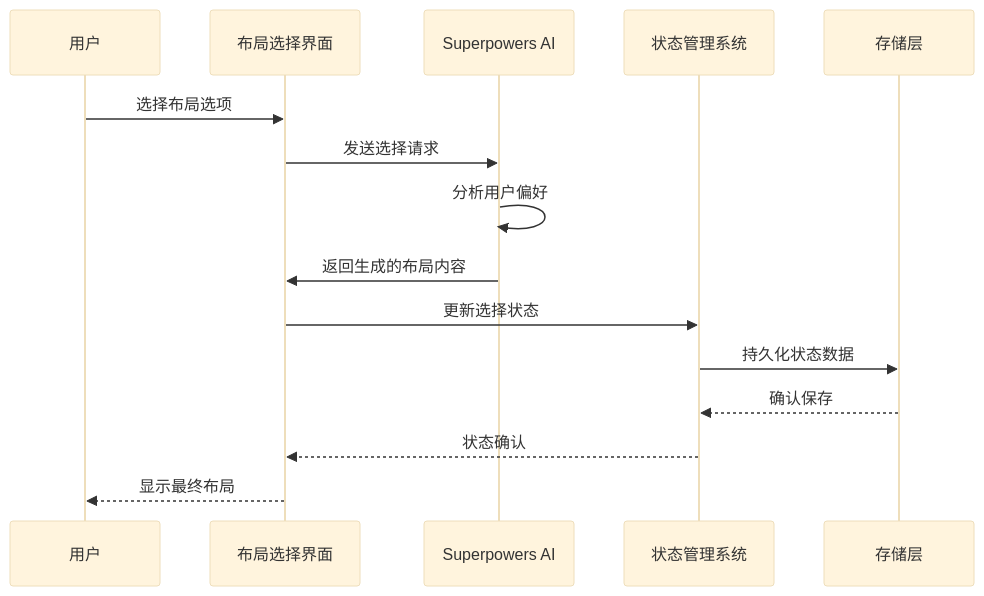
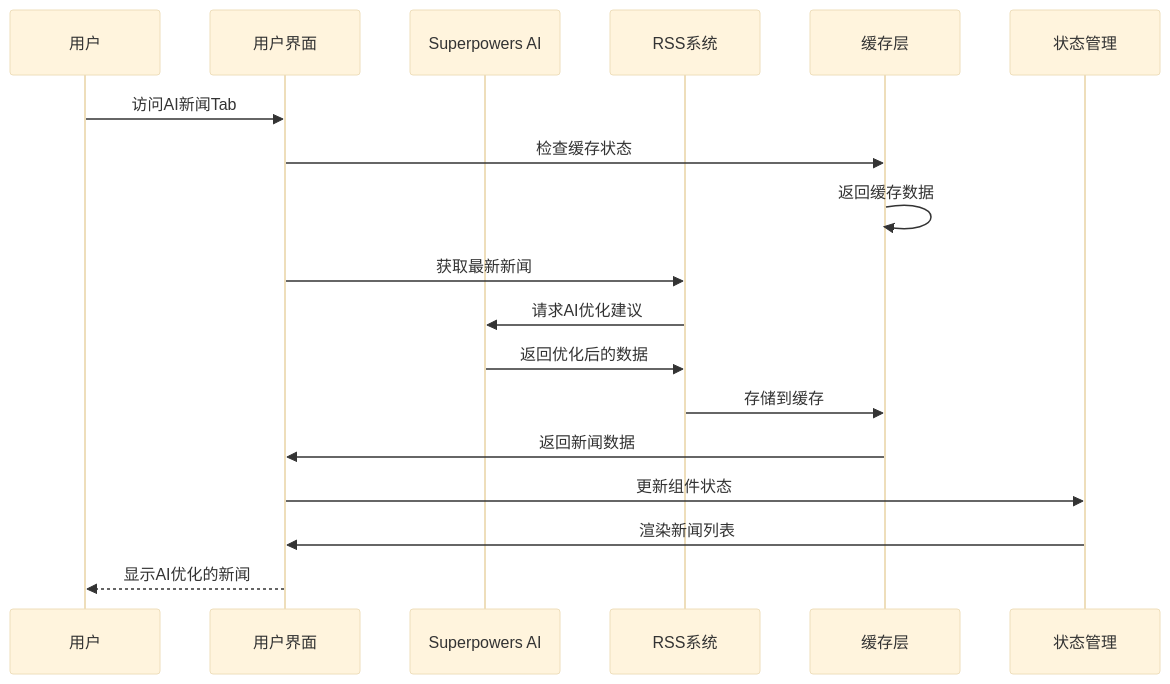
The third of 10 diagrams in .qoder/repowiki/zh/content/Superpowers AI集成.md (huanglixinccc/next-demo-collection), drawn with Mermaid (base theme) before and after one commit. The commit also changed other lines of this file and 10 other files, not shown here.

````diff
--- a/.qoder/repowiki/zh/content/Superpowers AI集成.md
+++ b/.qoder/repowiki/zh/content/Superpowers AI集成.md
@@ -112,17 +167,20 @@
 ```mermaid
 sequenceDiagram
 participant User as 用户
-participant UI as 布局选择界面
+participant UI as 用户界面
 participant AI as Superpowers AI
-participant State as 状态管理系统
-participant Storage as 存储层
-User->>UI : 选择布局选项
-UI->>AI : 发送选择请求
-AI->>AI : 分析用户偏好
-AI->>UI : 返回生成的布局内容
-UI->>State : 更新选择状态
-State->>Storage : 持久化状态数据
-Storage-->>State : 确认保存
-State-->>UI : 状态确认
-UI-->>User : 显示最终布局
+participant RSS as RSS系统
+participant Cache as 缓存层
+participant State as 状态管理
+User->>UI : 访问AI新闻Tab
+UI->>Cache : 检查缓存状态
+Cache->>Cache : 返回缓存数据
+UI->>RSS : 获取最新新闻
+RSS->>AI : 请求AI优化建议
+AI->>RSS : 返回优化后的数据
+RSS->>Cache : 存储到缓存
+Cache->>UI : 返回新闻数据
+UI->>State : 更新组件状态
+State->>UI : 渲染新闻列表
+UI-->>User : 显示AI优化的新闻
 ```
````
